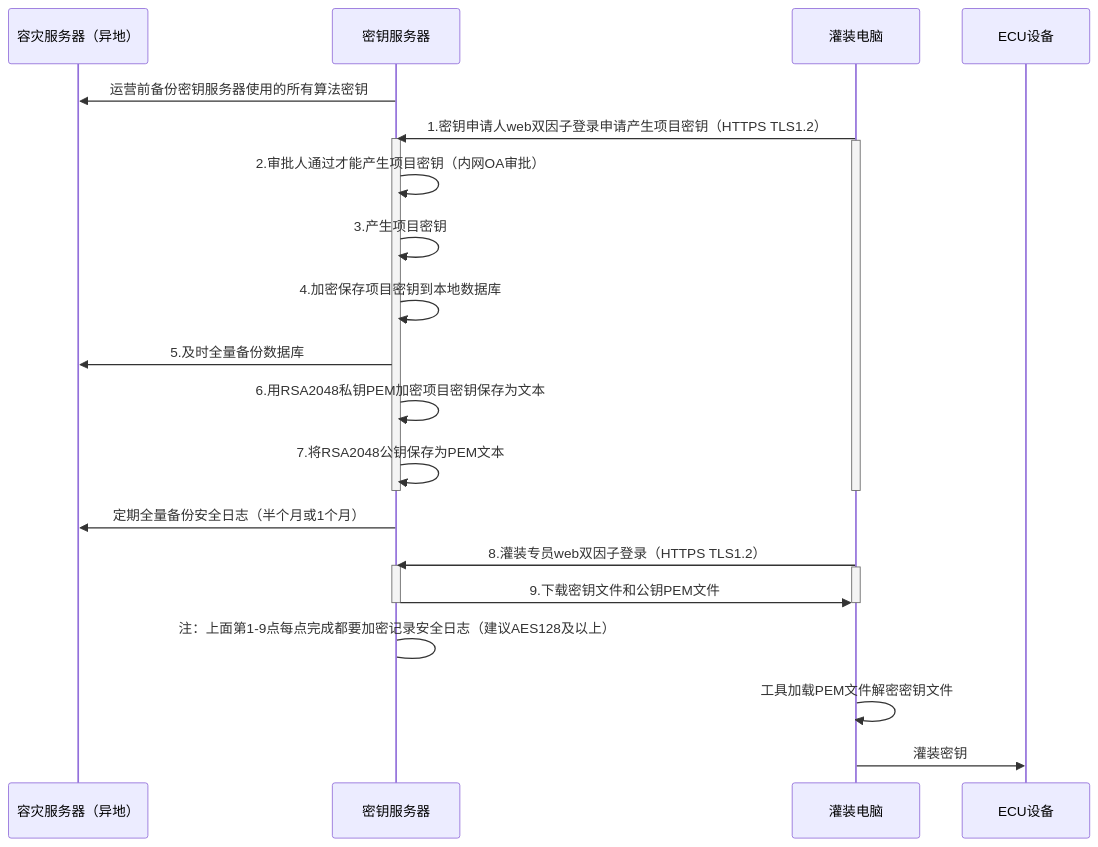
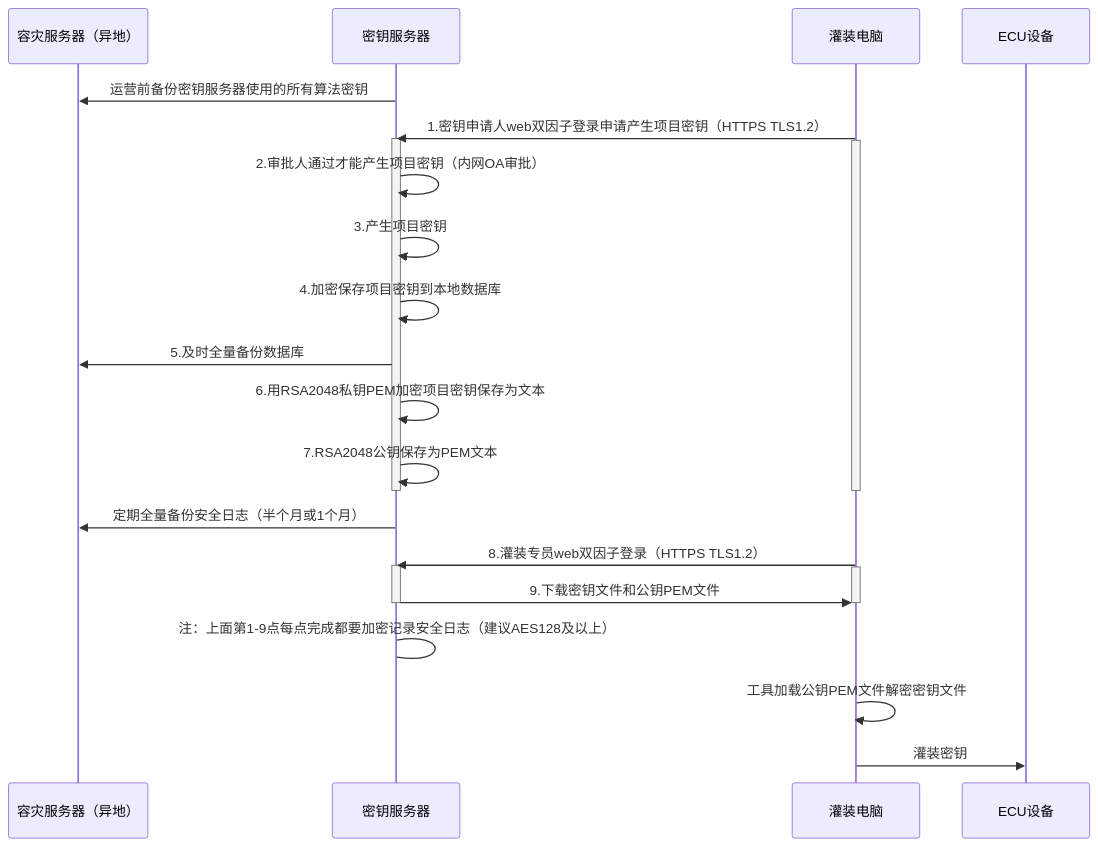
One commit to facebook-cloud/iodraw-files changed the diagram in all/未命名-15.md. Above: the diagram before and after it, drawn with Mermaid.

Commit message:
2026-02-13 11:04:16 update

````diff
--- a/all/未命名-15.md
+++ b/all/未命名-15.md
@@ -1,34 +1,34 @@
 ```mermaid
 sequenceDiagram
     participant A as 容灾服务器（异地）
     participant B as 密钥服务器
     participant D as 灌装电脑
     participant E as ECU设备
 
     B->>A: 运营前备份密钥服务器使用的所有算法密钥
     D->>B: 1.密钥申请人web双因子登录申请产生项目密钥（HTTPS TLS1.2）
     activate B
     activate D
     B->>B: 2.审批人通过才能产生项目密钥（内网OA审批）
     B->>B: 3.产生项目密钥
     B->>B: 4.加密保存项目密钥到本地数据库
     B->>A: 5.及时全量备份数据库
     B->>B: 6.用RSA2048私钥PEM加密项目密钥保存为文本
-    B->>B: 7.将RSA2048公钥保存为PEM文本
+    B->>B: 7.RSA2048公钥保存为PEM文本
     deactivate B
     deactivate D
 
     B->>A: 定期全量备份安全日志（半个月或1个月）
     
     D->>B: 8.灌装专员web双因子登录（HTTPS TLS1.2）
     activate B
     activate D
     B->>D: 9.下载密钥文件和公钥PEM文件
     deactivate B
     deactivate D
     B->B: 注：上面第1-9点每点完成都要加密记录安全日志（建议AES128及以上）
 
-    D->>D:工具加载PEM文件解密密钥文件
+    D->>D:工具加载公钥PEM文件解密密钥文件
     
     D->>E: 灌装密钥
 ```
````
